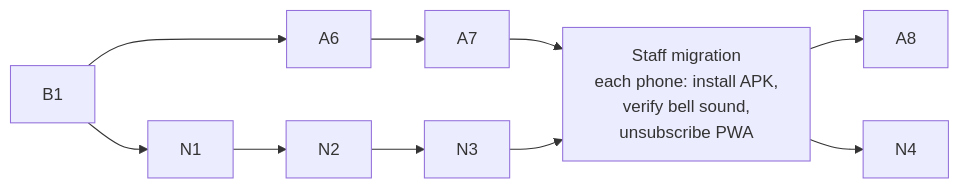
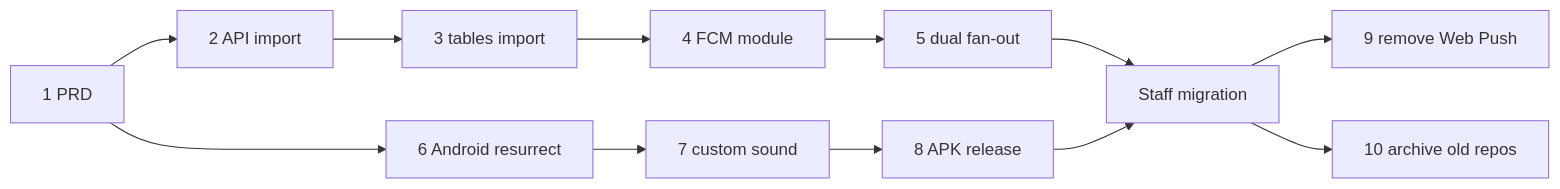
Before and after one commit to gatherloop/game-master-bell: the second of 2 diagrams in docs/PRD-v3.md, drawn with Mermaid. The commit also changed other lines of this file, not shown here.

First line of the commit message:
PRD v3.1: consolidate into a monorepo; document sideload distribution

````diff
--- a/docs/PRD-v3.md
+++ b/docs/PRD-v3.md
@@ -313,7 +375,9 @@
 ```mermaid
 flowchart LR
-    B1 --> A6 --> A7 --> M[Staff migration<br/>each phone: install APK,<br/>verify bell sound,<br/>unsubscribe PWA]
-    B1 --> N1 --> N2 --> N3 --> M
-    M --> A8
-    M --> N4
+    P1[1 PRD] --> P2[2 API import] --> P3[3 tables import] --> P4[4 FCM module] --> P5[5 dual fan-out]
+    P1 --> P6[6 Android resurrect] --> P7[7 custom sound] --> P8[8 APK release]
+    P5 --> M[Staff migration]
+    P8 --> M
+    M --> P9[9 remove Web Push]
+    M --> P10[10 archive old repos]
 ```
````
